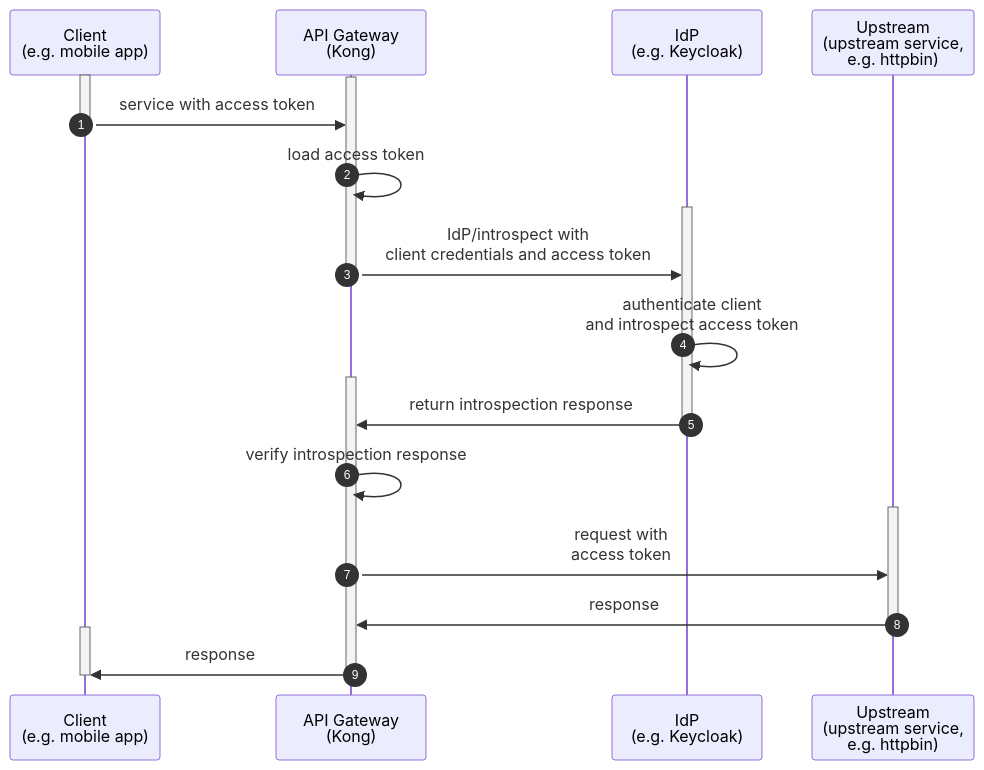
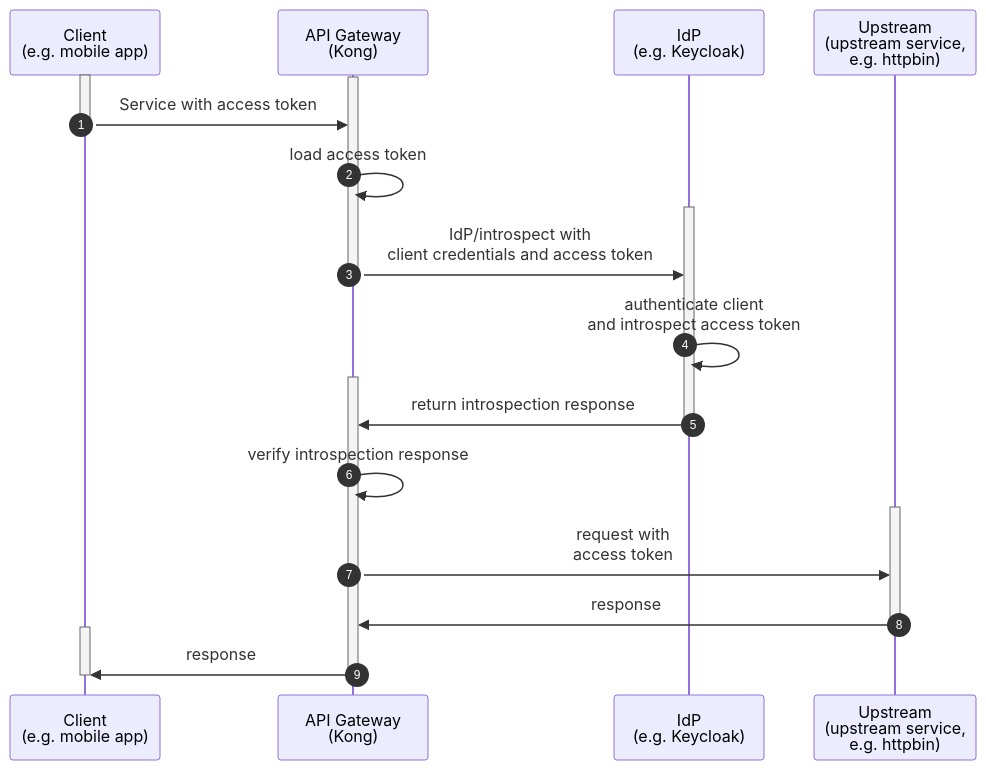
Before and after one commit to Kong/developer.konghq.com: the third of 10 diagrams in app/_kong_plugins/openid-connect/index.md, drawn with Mermaid. The commit also changed other lines of this file and 35 other files, not shown here.

```diff
--- a/app/_kong_plugins/openid-connect/index.md
+++ b/app/_kong_plugins/openid-connect/index.md
@@ -205,29 +205,29 @@
 {% mermaid %}
 sequenceDiagram
     autonumber
     participant client as Client <br>(e.g. mobile app)
     participant kong as API Gateway <br>(Kong)
     participant idp as IdP <br>(e.g. Keycloak)
     participant httpbin as Upstream <br>(upstream service,<br> e.g. httpbin)
     activate client
     activate kong
-    client->>kong: service with access token
+    client->>kong: Service with access token
     deactivate client
     kong->>kong: load access token
     activate idp
     kong->>idp: IdP/introspect with <br/>client credentials and access token
     deactivate kong
     idp->>idp: authenticate client <br/>and introspect access token
     activate kong
     idp->>kong: return introspection response
     deactivate idp
     kong->>kong: verify introspection response
     activate httpbin
     kong->>httpbin: request with <br/>access token
     httpbin->>kong: response
     deactivate httpbin
     activate client
     kong->>client: response
     deactivate kong
     deactivate client
 {% endmermaid %}
```
